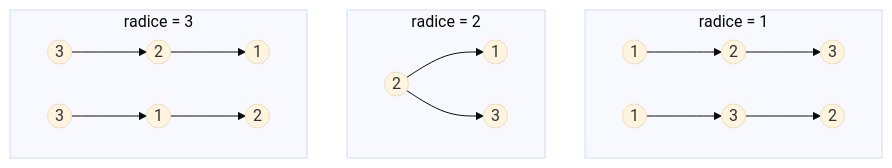
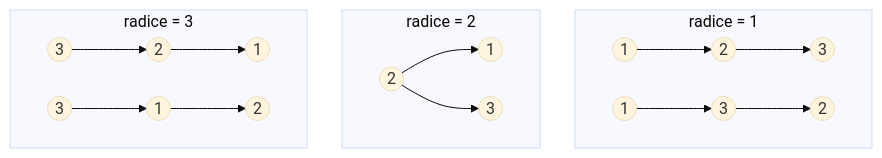
Before and after one commit to matteogiorgi/geonote: the first of 2 diagrams in problema_bst.md, drawn with Mermaid (base theme).

Commit message:
fix: update mermaid initialization parameters

````diff
--- a/problema_bst.md
+++ b/problema_bst.md
@@ -7,20 +7,20 @@
 ```mermaid
-%%{init: {"flowchart": {"nodeSpacing": 40, "rankSpacing": 50}}}%%
+%%{init: {"flowchart": {"nodeSpacing": 35, "rankSpacing": 50}}}%%
 flowchart TD
     subgraph R1["radice = 1"]
         a1((1)) --> a2((2))
         a2 --> a3((3))
         b1((1)) --> b2((3))
         b2 --> b3((2))
     end
     subgraph R2["radice = 2"]
         c1((2)) --> c2((1))
         c1 --> c3((3))
     end
     subgraph R3["radice = 3"]
         d1((3)) --> d2((2))
         d2 --> d3((1))
         e1((3)) --> e2((1))
         e2 --> e3((2))
     end
 ```
````
